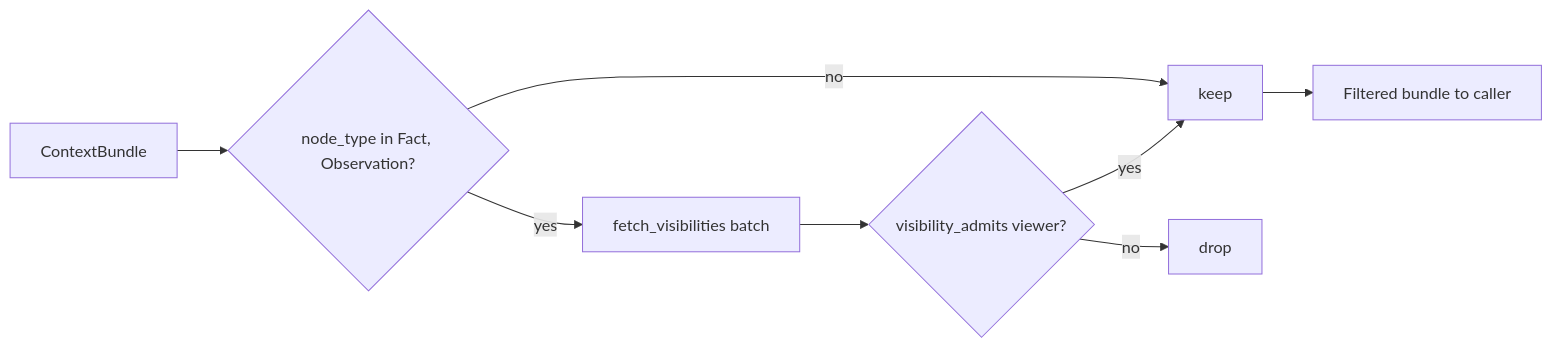
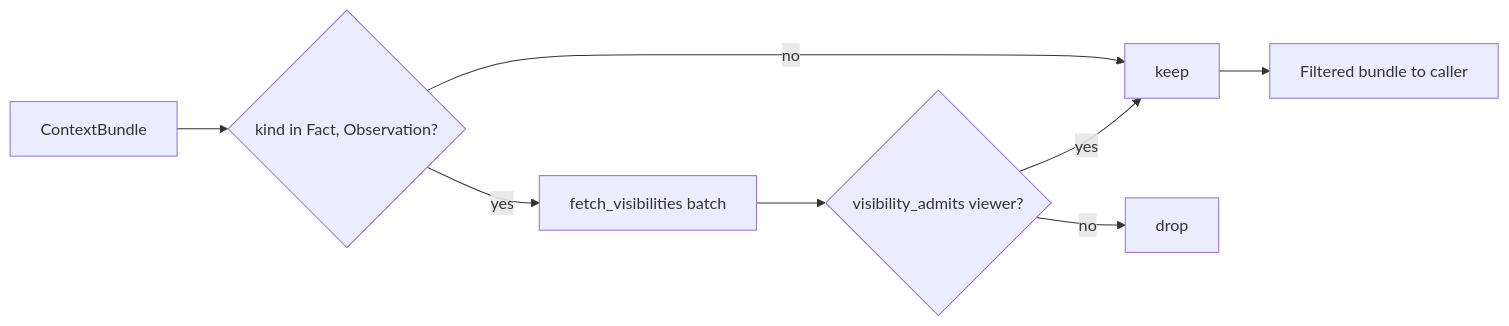
The diagram in website/docs/concepts/visibility.md (milliondreams/uniko), drawn with Mermaid before and after one commit. The commit also changed other lines of this file and 13 other files, not shown here.

````diff
--- a/website/docs/concepts/visibility.md
+++ b/website/docs/concepts/visibility.md
@@ -137,10 +137,10 @@
 ```mermaid
 flowchart LR
-    A[ContextBundle] --> B{node_type in Fact, Observation?}
+    A[ContextBundle] --> B{kind in Fact, Observation?}
     B -- no --> K[keep]
     B -- yes --> C[fetch_visibilities batch]
     C --> D{visibility_admits viewer?}
     D -- yes --> K
     D -- no --> X[drop]
     K --> R[Filtered bundle to caller]
 ```
````
